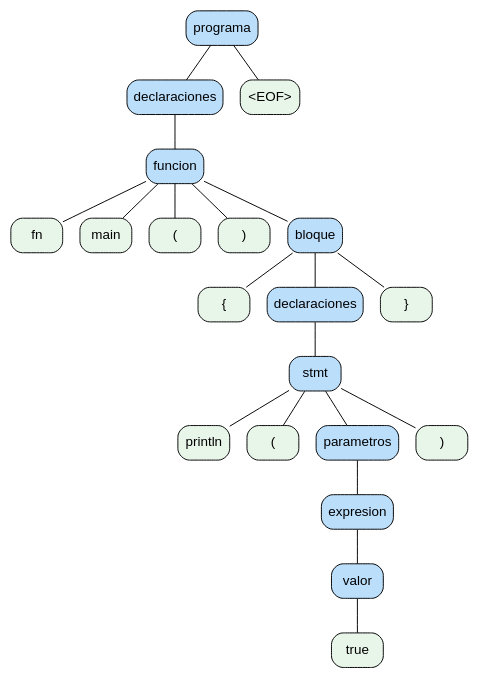
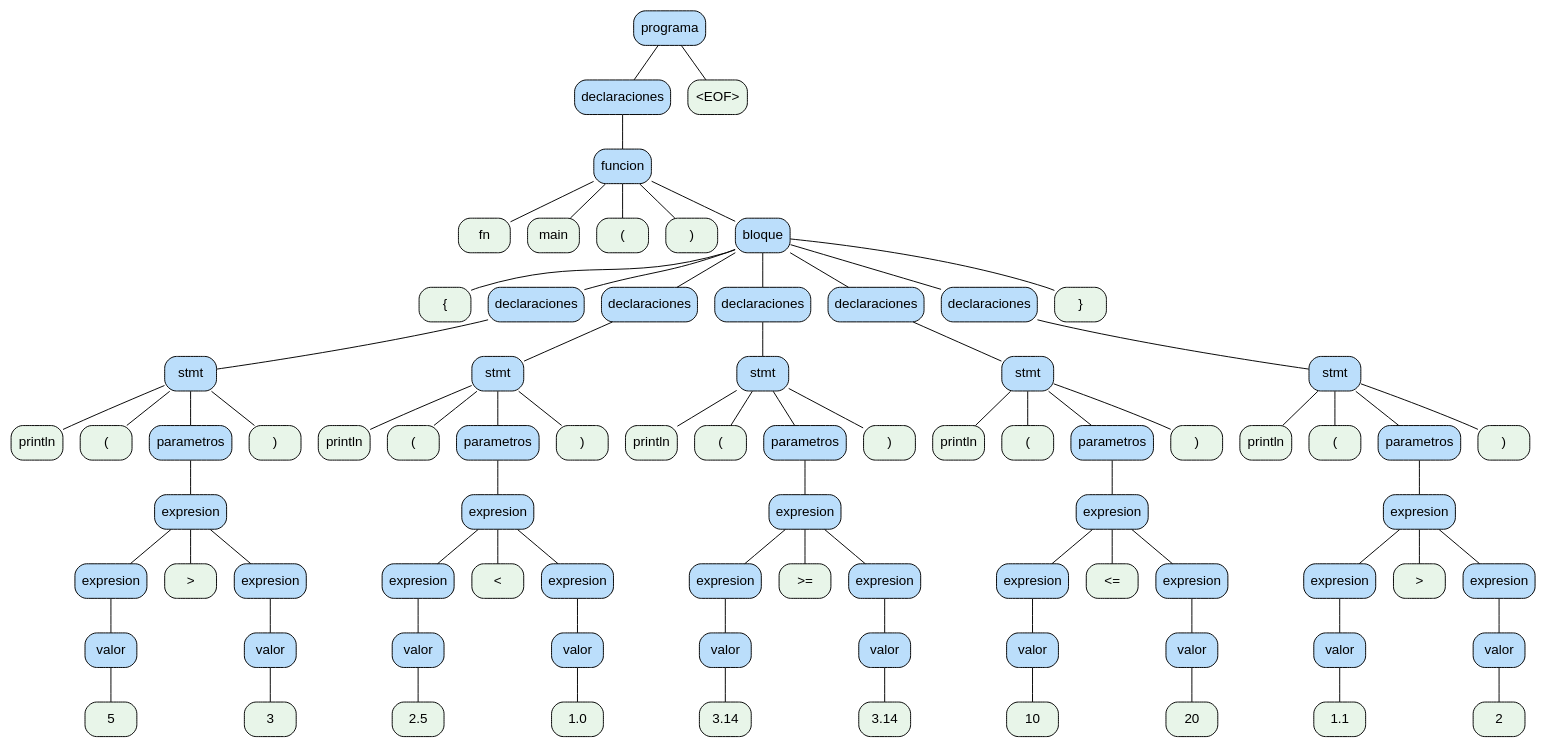
The diagram in ast.dot (YairCarrito45/-OLC2_Proyecto2_G19), drawn with Graphviz before and after one commit. The commit also changed 5 other files, not shown here.

```diff
--- a/ast.dot
+++ b/ast.dot
@@ -1,43 +1,165 @@
 digraph G {
   node [shape=box, style="rounded,filled", fontname="Arial"];
   edge [arrowhead=none];
   0 [label="programa", fillcolor="#bbdefb"];
   1 [label="declaraciones", fillcolor="#bbdefb"];
   2 [label="funcion", fillcolor="#bbdefb"];
   3 [label="fn", fillcolor="#e8f5e9"];
   2 -> 3;
   4 [label="main", fillcolor="#e8f5e9"];
   2 -> 4;
   5 [label="(", fillcolor="#e8f5e9"];
   2 -> 5;
   6 [label=")", fillcolor="#e8f5e9"];
   2 -> 6;
   7 [label="bloque", fillcolor="#bbdefb"];
   8 [label="{", fillcolor="#e8f5e9"];
   7 -> 8;
   9 [label="declaraciones", fillcolor="#bbdefb"];
   10 [label="stmt", fillcolor="#bbdefb"];
   11 [label="println", fillcolor="#e8f5e9"];
   10 -> 11;
   12 [label="(", fillcolor="#e8f5e9"];
   10 -> 12;
   13 [label="parametros", fillcolor="#bbdefb"];
   14 [label="expresion", fillcolor="#bbdefb"];
-  15 [label="valor", fillcolor="#bbdefb"];
-  16 [label="true", fillcolor="#e8f5e9"];
+  15 [label="expresion", fillcolor="#bbdefb"];
+  16 [label="valor", fillcolor="#bbdefb"];
+  17 [label="5", fillcolor="#e8f5e9"];
+  16 -> 17;
   15 -> 16;
   14 -> 15;
+  18 [label=">", fillcolor="#e8f5e9"];
+  14 -> 18;
+  19 [label="expresion", fillcolor="#bbdefb"];
+  20 [label="valor", fillcolor="#bbdefb"];
+  21 [label="3", fillcolor="#e8f5e9"];
+  20 -> 21;
+  19 -> 20;
+  14 -> 19;
   13 -> 14;
   10 -> 13;
-  17 [label=")", fillcolor="#e8f5e9"];
-  10 -> 17;
+  22 [label=")", fillcolor="#e8f5e9"];
+  10 -> 22;
   9 -> 10;
   7 -> 9;
-  18 [label="}", fillcolor="#e8f5e9"];
-  7 -> 18;
+  23 [label="declaraciones", fillcolor="#bbdefb"];
+  24 [label="stmt", fillcolor="#bbdefb"];
+  25 [label="println", fillcolor="#e8f5e9"];
+  24 -> 25;
+  26 [label="(", fillcolor="#e8f5e9"];
+  24 -> 26;
+  27 [label="parametros", fillcolor="#bbdefb"];
+  28 [label="expresion", fillcolor="#bbdefb"];
+  29 [label="expresion", fillcolor="#bbdefb"];
+  30 [label="valor", fillcolor="#bbdefb"];
+  31 [label="2.5", fillcolor="#e8f5e9"];
+  30 -> 31;
+  29 -> 30;
+  28 -> 29;
+  32 [label="<", fillcolor="#e8f5e9"];
+  28 -> 32;
+  33 [label="expresion", fillcolor="#bbdefb"];
+  34 [label="valor", fillcolor="#bbdefb"];
+  35 [label="1.0", fillcolor="#e8f5e9"];
+  34 -> 35;
+  33 -> 34;
+  28 -> 33;
+  27 -> 28;
+  24 -> 27;
+  36 [label=")", fillcolor="#e8f5e9"];
+  24 -> 36;
+  23 -> 24;
+  7 -> 23;
+  37 [label="declaraciones", fillcolor="#bbdefb"];
+  38 [label="stmt", fillcolor="#bbdefb"];
+  39 [label="println", fillcolor="#e8f5e9"];
+  38 -> 39;
+  40 [label="(", fillcolor="#e8f5e9"];
+  38 -> 40;
+  41 [label="parametros", fillcolor="#bbdefb"];
+  42 [label="expresion", fillcolor="#bbdefb"];
+  43 [label="expresion", fillcolor="#bbdefb"];
+  44 [label="valor", fillcolor="#bbdefb"];
+  45 [label="3.14", fillcolor="#e8f5e9"];
+  44 -> 45;
+  43 -> 44;
+  42 -> 43;
+  46 [label=">=", fillcolor="#e8f5e9"];
+  42 -> 46;
+  47 [label="expresion", fillcolor="#bbdefb"];
+  48 [label="valor", fillcolor="#bbdefb"];
+  49 [label="3.14", fillcolor="#e8f5e9"];
+  48 -> 49;
+  47 -> 48;
+  42 -> 47;
+  41 -> 42;
+  38 -> 41;
+  50 [label=")", fillcolor="#e8f5e9"];
+  38 -> 50;
+  37 -> 38;
+  7 -> 37;
+  51 [label="declaraciones", fillcolor="#bbdefb"];
+  52 [label="stmt", fillcolor="#bbdefb"];
+  53 [label="println", fillcolor="#e8f5e9"];
+  52 -> 53;
+  54 [label="(", fillcolor="#e8f5e9"];
+  52 -> 54;
+  55 [label="parametros", fillcolor="#bbdefb"];
+  56 [label="expresion", fillcolor="#bbdefb"];
+  57 [label="expresion", fillcolor="#bbdefb"];
+  58 [label="valor", fillcolor="#bbdefb"];
+  59 [label="10", fillcolor="#e8f5e9"];
+  58 -> 59;
+  57 -> 58;
+  56 -> 57;
+  60 [label="<=", fillcolor="#e8f5e9"];
+  56 -> 60;
+  61 [label="expresion", fillcolor="#bbdefb"];
+  62 [label="valor", fillcolor="#bbdefb"];
+  63 [label="20", fillcolor="#e8f5e9"];
+  62 -> 63;
+  61 -> 62;
+  56 -> 61;
+  55 -> 56;
+  52 -> 55;
+  64 [label=")", fillcolor="#e8f5e9"];
+  52 -> 64;
+  51 -> 52;
+  7 -> 51;
+  65 [label="declaraciones", fillcolor="#bbdefb"];
+  66 [label="stmt", fillcolor="#bbdefb"];
+  67 [label="println", fillcolor="#e8f5e9"];
+  66 -> 67;
+  68 [label="(", fillcolor="#e8f5e9"];
+  66 -> 68;
+  69 [label="parametros", fillcolor="#bbdefb"];
+  70 [label="expresion", fillcolor="#bbdefb"];
+  71 [label="expresion", fillcolor="#bbdefb"];
+  72 [label="valor", fillcolor="#bbdefb"];
+  73 [label="1.1", fillcolor="#e8f5e9"];
+  72 -> 73;
+  71 -> 72;
+  70 -> 71;
+  74 [label=">", fillcolor="#e8f5e9"];
+  70 -> 74;
+  75 [label="expresion", fillcolor="#bbdefb"];
+  76 [label="valor", fillcolor="#bbdefb"];
+  77 [label="2", fillcolor="#e8f5e9"];
+  76 -> 77;
+  75 -> 76;
+  70 -> 75;
+  69 -> 70;
+  66 -> 69;
+  78 [label=")", fillcolor="#e8f5e9"];
+  66 -> 78;
+  65 -> 66;
+  7 -> 65;
+  79 [label="}", fillcolor="#e8f5e9"];
+  7 -> 79;
   2 -> 7;
   1 -> 2;
   0 -> 1;
-  19 [label="<EOF>", fillcolor="#e8f5e9"];
-  0 -> 19;
+  80 [label="<EOF>", fillcolor="#e8f5e9"];
+  0 -> 80;
 }
```
